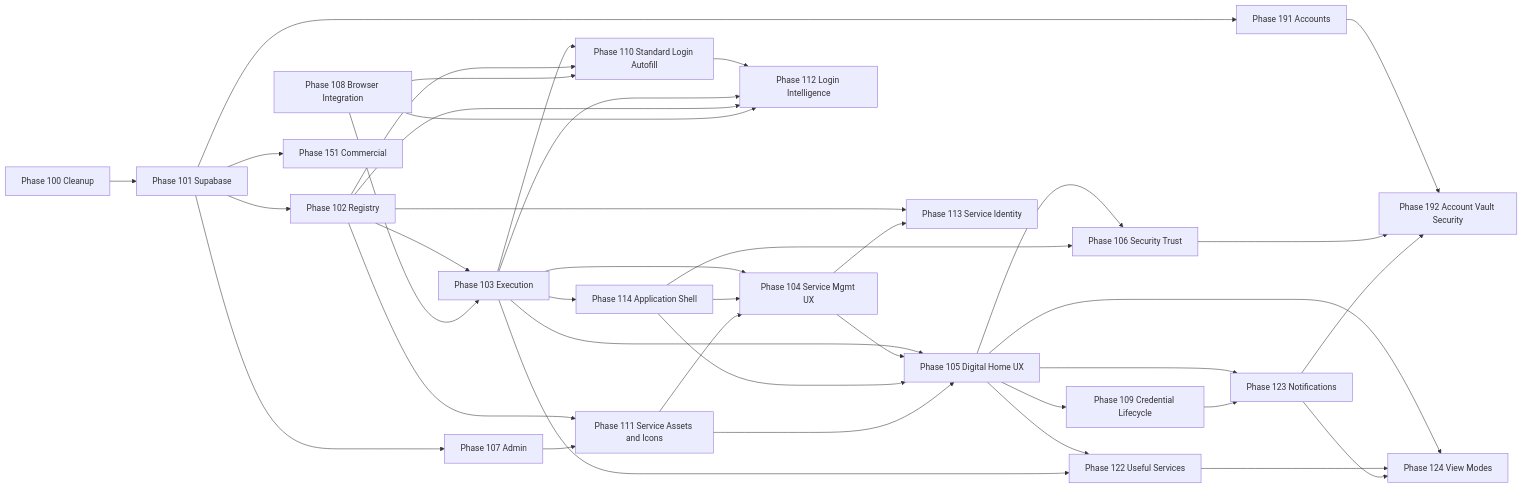
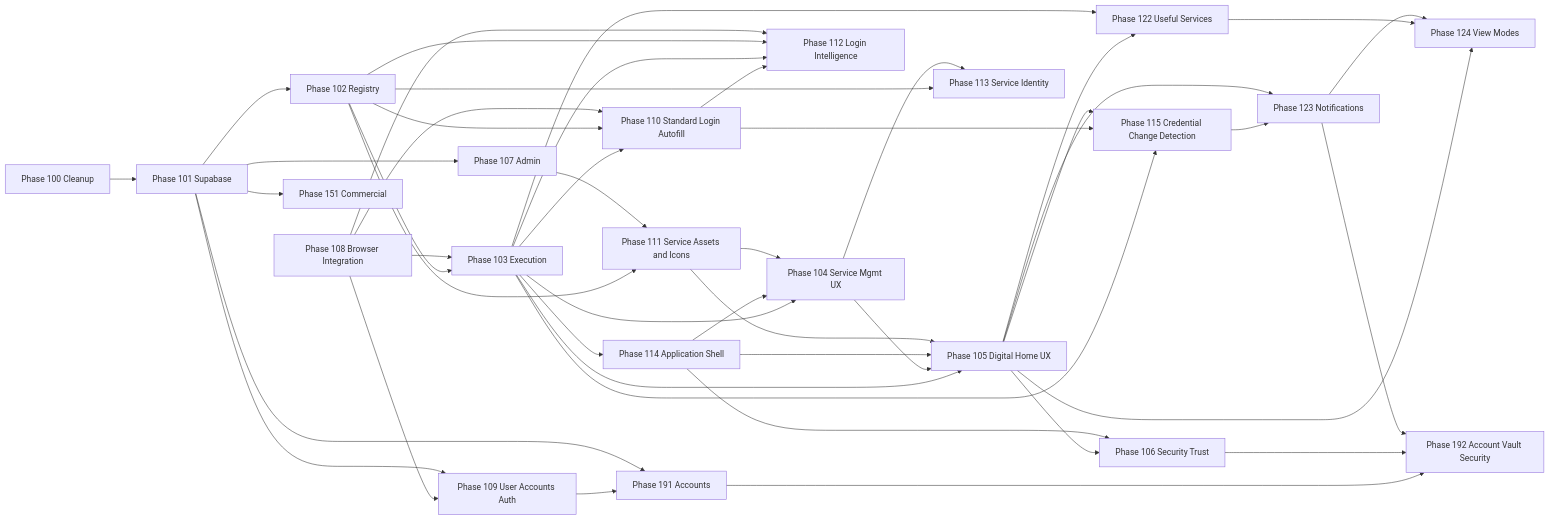
Before and after one commit to yaels3049-max/password-vault: the sixth of 6 diagrams in team-yuri/PLAN.md, drawn with Mermaid. The commit also changed other lines of this file and 2013 other files, not shown here.

````diff
--- a/team-yuri/PLAN.md
+++ b/team-yuri/PLAN.md
@@ -2939,64 +4231,70 @@
 ```mermaid
 flowchart LR
   P100[Phase 100 Cleanup]
   P101[Phase 101 Supabase]
   P102[Phase 102 Registry]
   P103[Phase 103 Execution]
   P104[Phase 104 Service Mgmt UX]
   P105[Phase 105 Digital Home UX]
   P106[Phase 106 Security Trust]
   P107[Phase 107 Admin]
   P108[Phase 108 Browser Integration]
-  P109[Phase 109 Credential Lifecycle]
+  P109[Phase 109 User Accounts Auth]
   P110[Phase 110 Standard Login Autofill]
   P111[Phase 111 Service Assets and Icons]
   P112[Phase 112 Login Intelligence]
   P113[Phase 113 Service Identity]
   P114[Phase 114 Application Shell]
+  P115[Phase 115 Credential Change Detection]
   P122[Phase 122 Useful Services]
   P123[Phase 123 Notifications]
   P124[Phase 124 View Modes]
   P151[Phase 151 Commercial]
   P191[Phase 191 Accounts]
   P192[Phase 192 Account Vault Security]
 
   P100 --> P101
   P101 --> P102
   P102 --> P103
   P102 --> P111
   P103 --> P104
   P103 --> P105
   P104 --> P105
   P105 --> P106
   P108 --> P103
   P101 --> P107
   P107 --> P111
   P103 --> P110
   P102 --> P110
   P108 --> P110
+  P108 --> P109
+  P101 --> P109
   P110 --> P112
   P103 --> P112
   P102 --> P112
   P108 --> P112
   P102 --> P113
   P104 --> P113
   P103 --> P114
   P114 --> P104
   P114 --> P105
   P114 --> P106
+  P103 --> P115
+  P110 --> P115
+  P105 --> P115
+  P115 --> P123
   P105 --> P122
   P103 --> P122
   P105 --> P123
-  P109 --> P123
   P105 --> P124
   P122 --> P124
   P123 --> P124
   P111 --> P104
   P111 --> P105
-  P105 --> P109
   P101 --> P151
+  P109 --> P191
   P101 --> P191
   P191 --> P192
   P106 --> P192
   P123 --> P192
 ```
````
